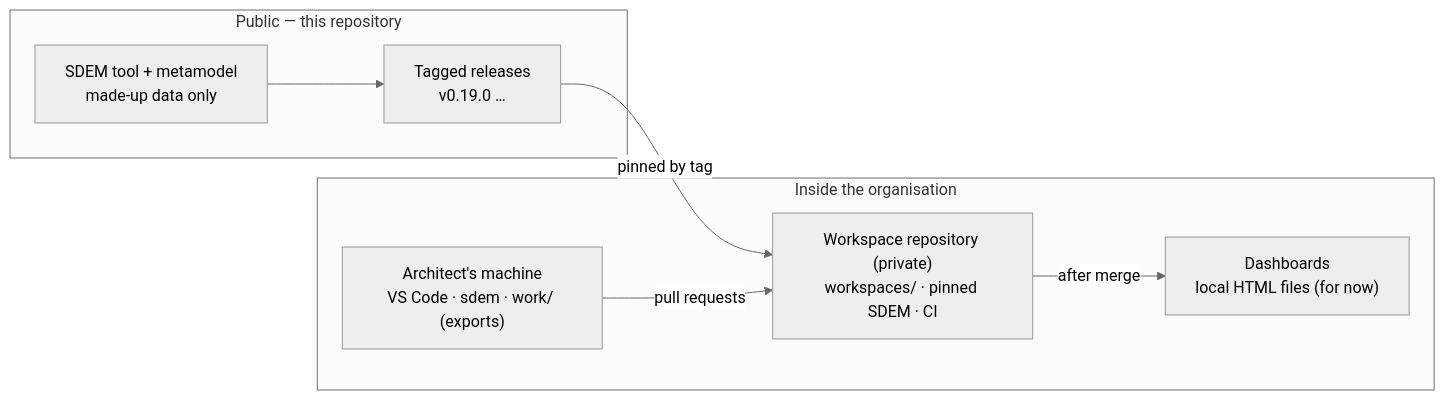
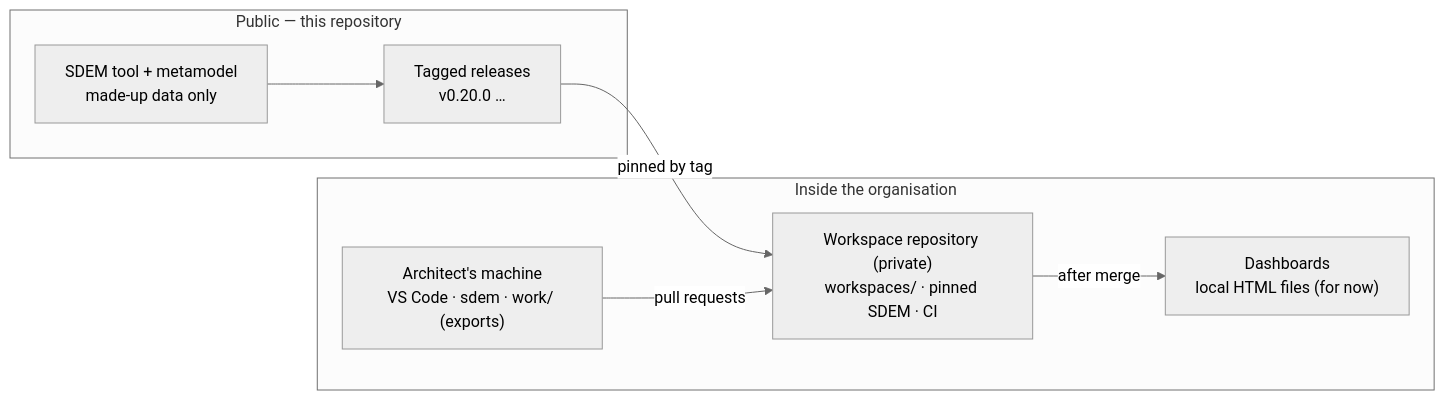
One commit to taumoeps/bian-sdem-framework changed the diagram in docs/sdem-operating-model.md. Above: the diagram before and after it, drawn with Mermaid (neutral theme). The commit also changed other lines of this file and 36 other files, not shown here.

First line of the commit message:
SDEM v0.20.0 — the Data layer, stable identity and BIAN as an extension

````diff
--- a/docs/sdem-operating-model.md
+++ b/docs/sdem-operating-model.md
@@ -7,14 +7,14 @@
 ```mermaid
 flowchart LR
     subgraph PUB["Public — this repository"]
-      T["SDEM tool + metamodel<br/>made-up data only"] --> REL["Tagged releases<br/>v0.19.0 …"]
+      T["SDEM tool + metamodel<br/>made-up data only"] --> REL["Tagged releases<br/>v0.20.0 …"]
     end
     subgraph ORG["Inside the organisation"]
       ER["Workspace repository (private)<br/>workspaces/ · pinned SDEM · CI"]
       WS["Architect's machine<br/>VS Code · sdem · work/ (exports)"]
       H["Dashboards<br/>local HTML files (for now)"]
     end
     REL -- "pinned by tag" --> ER
     WS -- "pull requests" --> ER
     ER -- "after merge" --> H
 ```
````
